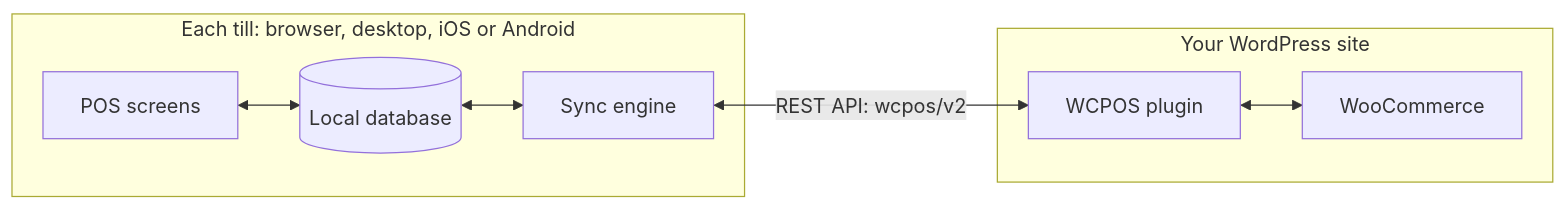
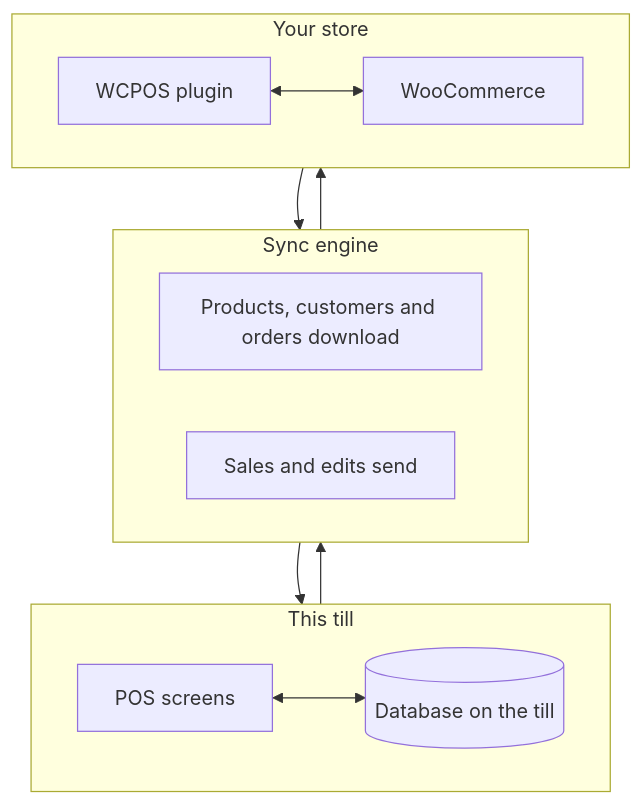
The diagram in versioned_docs/version-2.x/reference/architecture.mdx (wcpos/docs), drawn with Mermaid before and after one commit. The commit also changed other lines of this file, not shown here.

Commit message:
docs(2.x): Architecture r3: offline boundary in Checkout's words, sync engine in the diagram, developer detail in disclosures

````diff
--- a/versioned_docs/version-2.x/reference/architecture.mdx
+++ b/versioned_docs/version-2.x/reference/architecture.mdx
@@ -15,11 +15,21 @@
 ```mermaid
-flowchart LR
-  subgraph till["Each till: browser, desktop, iOS or Android"]
-    screens["POS screens"] <--> db[("Local database")]
-    db <--> engine["Sync engine"]
+flowchart TB
+  subgraph till["This till"]
+    direction LR
+    screens["POS screens"] <--> db[("Database on the till")]
   end
-  subgraph site["Your WordPress site"]
+  subgraph engine["Sync engine"]
+    direction LR
+    down["Products, customers and orders download"]
+    up["Sales and edits send"]
+  end
+  subgraph site["Your store"]
+    direction LR
     plugin["WCPOS plugin"] <--> woo["WooCommerce"]
   end
-  engine <-->|"REST API: wcpos/v2"| plugin
+  till ~~~ engine ~~~ site
+  down --> db
+  up --> plugin
+  db --> up
+  plugin --> down
 ```
````
